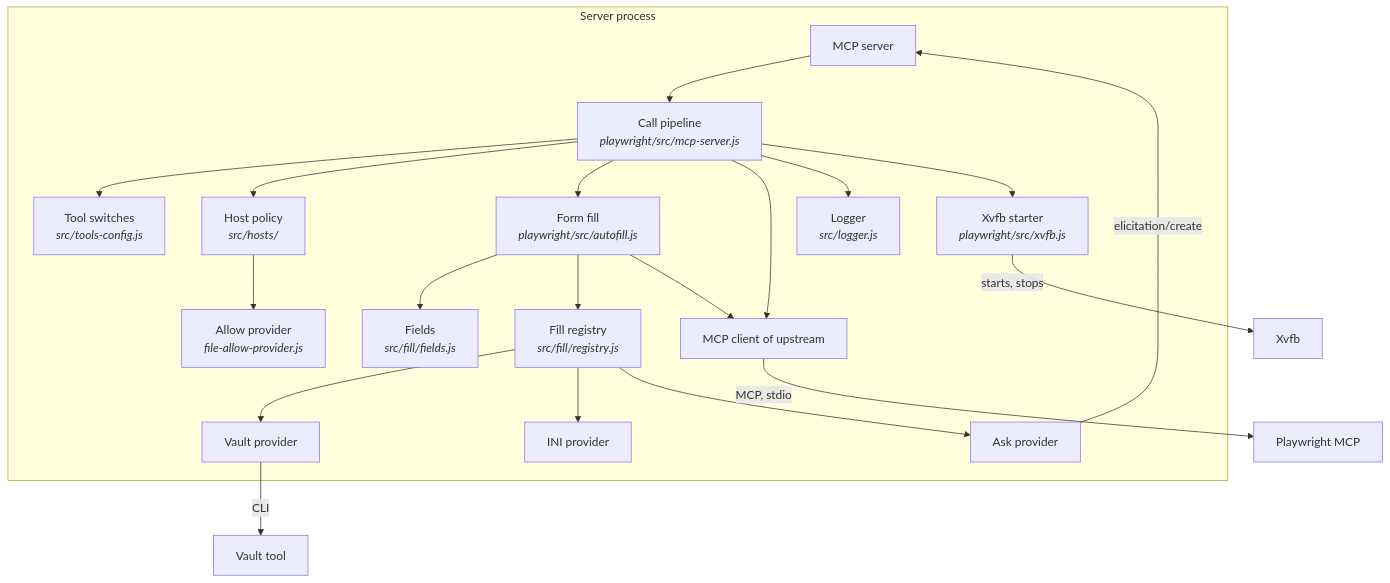
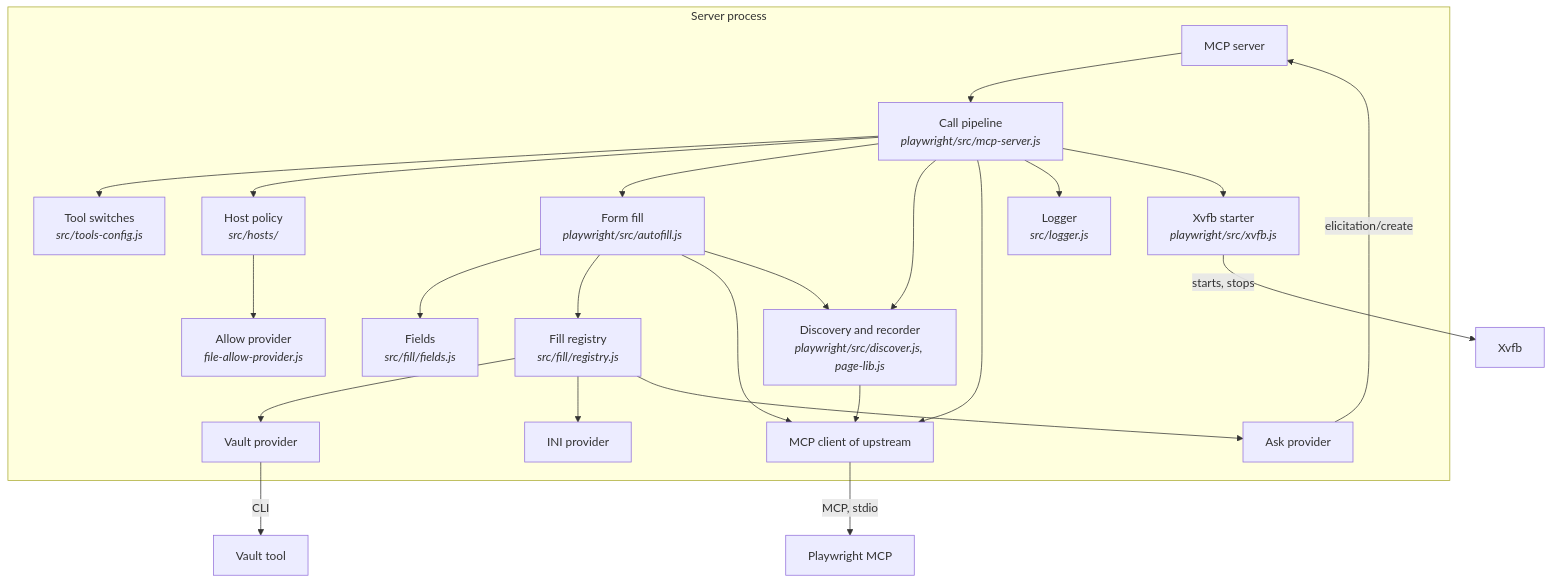
Before and after one commit to npstash/shared: the third of 6 diagrams in tools/browser-automation-x-mcp/sdd/DESIGN.md, drawn with Mermaid. The commit also changed other lines of this file and 21 other files, not shown here.

Commit message:
browser-automation-x-mcp: discovery with used marks, recorder, several submits, host check after auto-submit, two log files

````diff
--- a/tools/browser-automation-x-mcp/sdd/DESIGN.md
+++ b/tools/browser-automation-x-mcp/sdd/DESIGN.md
@@ -97,23 +98,26 @@
 ```mermaid
 flowchart TD
     subgraph F[Server process]
         SV[MCP server] --> P[Call pipeline<br/><i>playwright/src/mcp-server.js</i>]
         P --> T[Tool switches<br/><i>src/tools-config.js</i>]
         P --> H[Host policy<br/><i>src/hosts/</i>]
         P --> AF[Form fill<br/><i>playwright/src/autofill.js</i>]
         AF --> FC[Fields<br/><i>src/fill/fields.js</i>]
         AF --> R[Fill registry<br/><i>src/fill/registry.js</i>]
         AF --> CL
+        P --> DS[Discovery and recorder<br/><i>playwright/src/discover.js, page-lib.js</i>]
+        AF --> DS
+        DS --> CL
         R --> PV[Vault provider]
         R --> PI[INI provider]
         R --> PA[Ask provider]
         H --> AP[Allow provider<br/><i>file-allow-provider.js</i>]
         P --> CL[MCP client of upstream]
         P --> LG[Logger<br/><i>src/logger.js</i>]
         P --> XV[Xvfb starter<br/><i>playwright/src/xvfb.js</i>]
     end
     XV -->|starts, stops| X[Xvfb]
     CL -->|MCP, stdio| M[Playwright MCP]
     PA -->|elicitation/create| SV
     PV -->|CLI| V[Vault tool]
 ```
````
